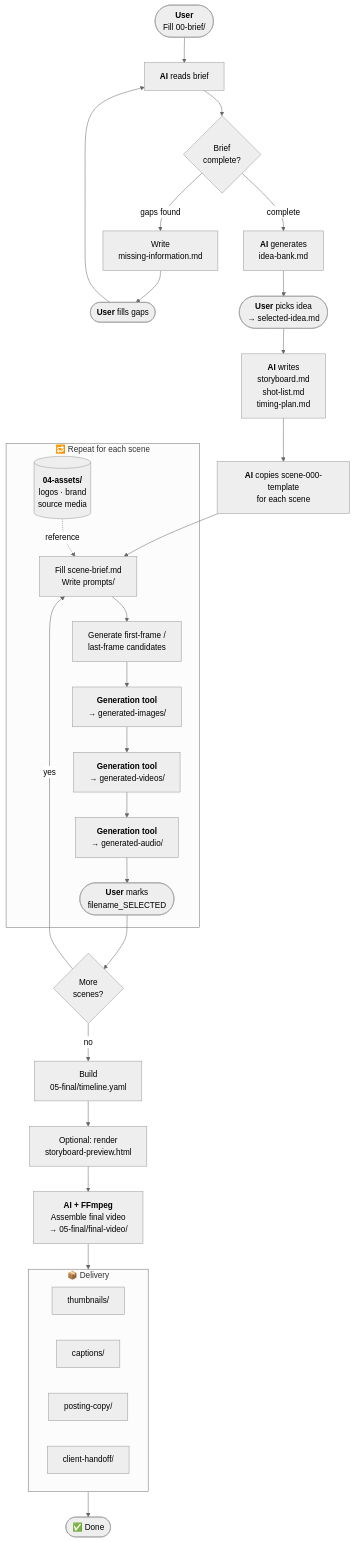
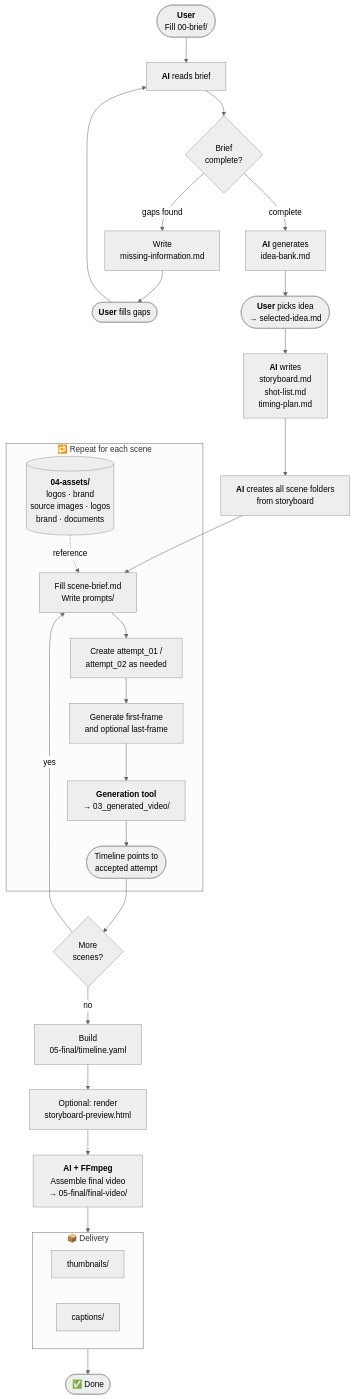
The diagram in README.md (szeyu/ai-storyboard-video-template), drawn with Mermaid (neutral theme) before and after one commit. The commit also changed other lines of this file and 60 other files, not shown here.

````diff
--- a/README.md
+++ b/README.md
@@ -17,73 +17,70 @@
 ```mermaid
 flowchart TD
     START(["`**User**
     Fill 00-brief/`"]) --> READ
 
     READ["`**AI** reads brief`"] --> CHECK{Brief\ncomplete?}
 
     CHECK -- gaps found --> MISSING["`Write
     missing-information.md`"]
     MISSING --> FILL(["`**User** fills gaps`"])
     FILL --> READ
 
     CHECK -- complete --> IDEAS
 
     IDEAS["`**AI** generates
     idea-bank.md`"] --> SELECT(["`**User** picks idea
     → selected-idea.md`"])
 
     SELECT --> STORY["`**AI** writes
     storyboard.md
     shot-list.md
     timing-plan.md`"]
 
-    STORY --> COPY["`**AI** copies scene-000-template
-    for each scene`"]
+    STORY --> COPY["`**AI** creates all scene folders
+    from storyboard`"]
 
     COPY --> SCENE_START
 
     subgraph SCENE_LOOP["🔁  Repeat for each scene"]
         SCENE_START["`Fill scene-brief.md
         Write prompts/`"]
 
         ASSETS[("`**04-assets/**
         logos · brand
-        source media`")]
+        source images · logos
+        brand · documents`")]
 
         ASSETS -. reference .-> SCENE_START
 
-        SCENE_START --> FRAMES["`Generate first-frame /
-        last-frame candidates`"]
-        FRAMES --> GEN_IMG["`**Generation tool**
-        → generated-images/`"]
-        GEN_IMG --> GEN_VID["`**Generation tool**
-        → generated-videos/`"]
-        GEN_VID --> GEN_AUD["`**Generation tool**
-        → generated-audio/`"]
-        GEN_AUD --> PICK(["`**User** marks
-        filename_SELECTED`"])
+        SCENE_START --> ATTEMPT["`Create attempt_01 /
+        attempt_02 as needed`"]
+        ATTEMPT --> FRAMES["`Generate first-frame
+        and optional last-frame`"]
+        FRAMES --> GEN_VID["`**Generation tool**
+        → 03_generated_video/`"]
+        GEN_VID --> PICK(["`Timeline points to
+        accepted attempt`"])
     end
 
     PICK --> MORE{More\nscenes?}
     MORE -- yes --> SCENE_START
     MORE -- no --> TIMELINE
 
     TIMELINE["`Build
     05-final/timeline.yaml`"] --> PREVIEW["`Optional: render
     storyboard-preview.html`"]
 
     PREVIEW --> ASSEMBLE["`**AI + FFmpeg**
     Assemble final video
     → 05-final/final-video/`"]
 
     ASSEMBLE --> DELIVERY
 
     subgraph DELIVERY["📦  Delivery"]
         THUMB["`thumbnails/`"]
         CAPTIONS["`captions/`"]
-        COPY2["`posting-copy/`"]
-        HANDOFF["`client-handoff/`"]
     end
 
     DELIVERY --> DONE(["`✅ Done`"])
 ```
````
